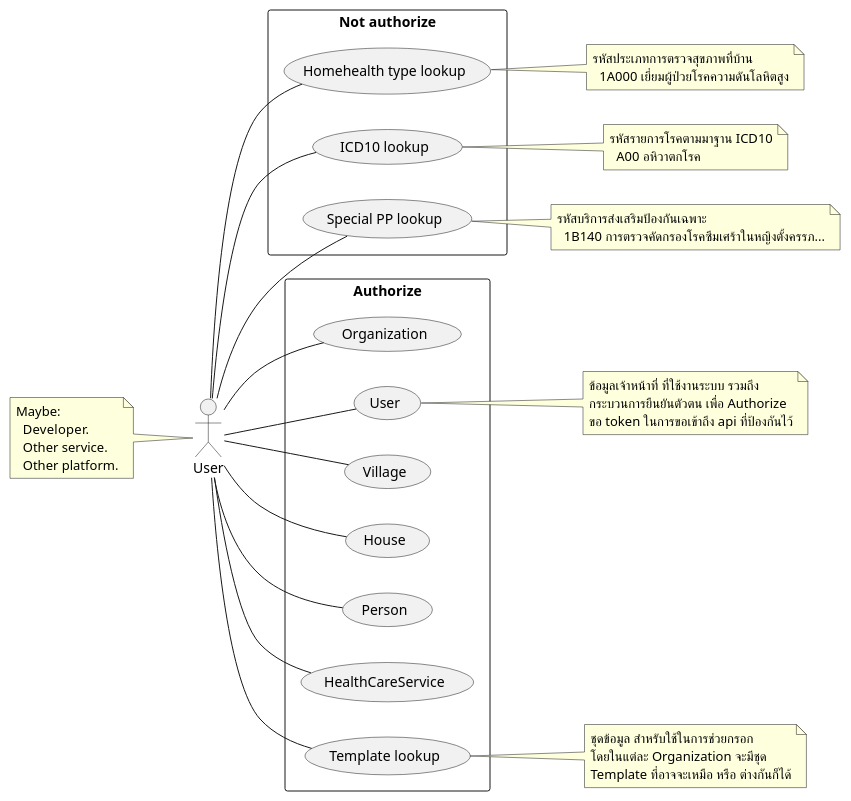
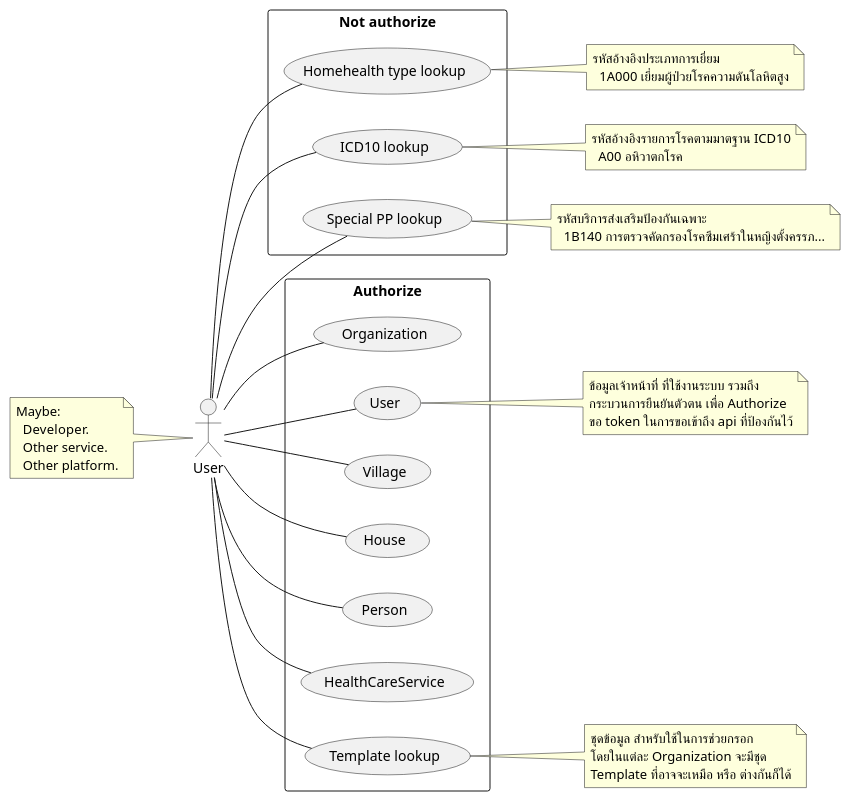
One commit to ffc-nectec/api-doc changed the diagram in uml/intro.plantuml. Above: the diagram before and after it, drawn with PlantUML. The commit also changed 1 other file, not shown here.

```diff
--- a/uml/intro.plantuml
+++ b/uml/intro.plantuml
@@ -1,55 +1,55 @@
 @startuml
 left to right direction
 
 :User: as Dev
 note left of Dev
 Maybe:
   Developer.
   Other service.
   Other platform.
 end note
 
 rectangle "Not authorize" {
   Dev -- (Homehealth type lookup)
   Dev -- (ICD10 lookup)
   Dev -- (Special PP lookup)
 }
 
 note right of (Homehealth type lookup)
-รหัสประเภทการตรวจสุขภาพที่บ้าน
+รหัสอ้างอิงประเภทการเยี่ยม
   1A000 เยี่ยมผู้ป่วยโรคความดันโลหิตสูง
 endnote
 
 note right of (ICD10 lookup)
-รหัสรายการโรคตามมาฐาน ICD10
+รหัสอ้างอิงรายการโรคตามมาตฐาน ICD10
   A00 อหิวาตกโรค
 endnote
 
 note right of (Special PP lookup)
 รหัสบริการส่งเสริมป้องกันเฉพาะ
   1B140 การตรวจคัดกรองโรคซึมเศร้าในหญิงตั้งครรภ...
 endnote
 
 rectangle Authorize {
   Dev -- (Organization)
   Dev -- (User)
   Dev -- (Village)
   Dev -- (House)
   Dev -- (Person)
   Dev -- (HealthCareService)
   Dev -- (Template lookup)
 }
 
 note right of (User)
 ข้อมูลเจ้าหน้าที่ ที่ใช้งานระบบ รวมถึง
 กระบวนการยืนยันตัวตน เพื่อ Authorize
 ขอ token ในการขอเข้าถึง api ที่ป้องกันไว้
 endnote
 
 note right of (Template lookup)
 ชุดข้อมูล สำหรับใช้ในการช่วยกรอก
 โดยในแต่ละ Organization จะมีชุด
 Template ที่อาจจะเหมือ หรือ ต่างกันก็ได้
 endnote
 
 @enduml
```
